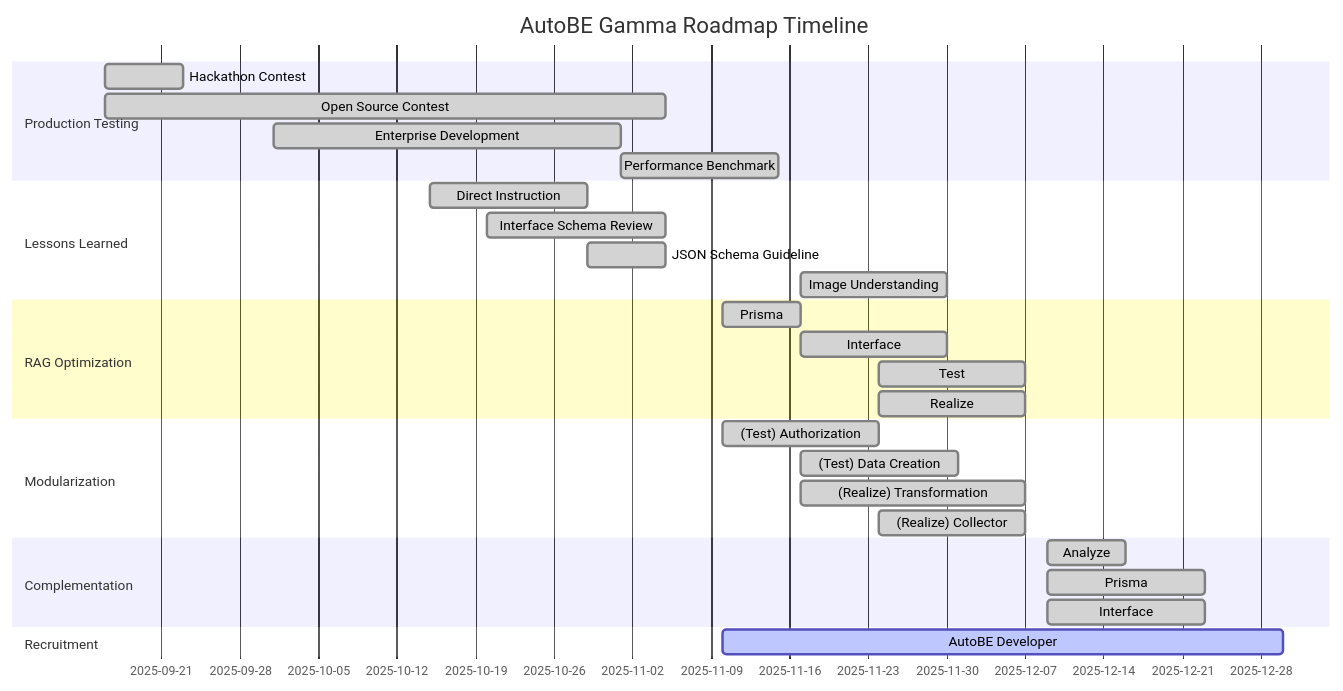
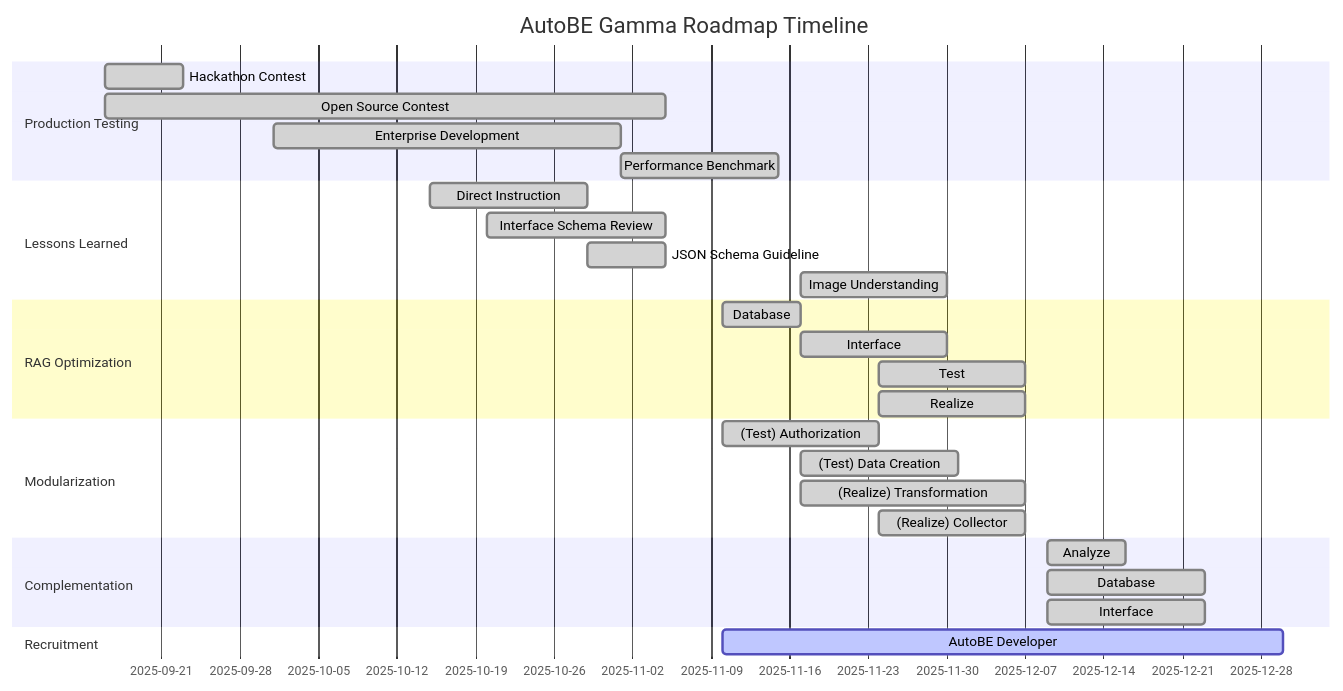
One commit to RavenView-ai/autobe changed the diagram in website/src/template/diagrams/AutoBeGammaRoadmap.mdx. Above: the diagram before and after it, drawn with Mermaid. The commit also changed 355 other files, not shown here.

First line of the commit message:
feat(interface): renaming from prisma to database (#886)

````diff
--- a/website/src/template/diagrams/AutoBeGammaRoadmap.mdx
+++ b/website/src/template/diagrams/AutoBeGammaRoadmap.mdx
@@ -1,37 +1,37 @@
 ```mermaid
 gantt
   dateFormat YYYY-MM-DD
   title AutoBE Gamma Roadmap Timeline
 
   section Production Testing
   Hackathon Contest     : done, 2025-09-16,  7d
   Open Source Contest   : done, 2025-09-16, 50d
   Enterprise Development: done, 2025-10-01, 31d
   Performance Benchmark : done, 2025-11-01, 14d
   
   section Lessons Learned
   Direct Instruction     : done, 2025-10-15, 14d
   Interface Schema Review: done, 2025-10-20, 16d
   JSON Schema Guideline  : done, 2025-10-29,  7d
   Image Understanding    : done, 2025-11-17, 13d
 
   section RAG Optimization
-  Prisma   : done, 2025-11-10,  7d
+  Database : done, 2025-11-10,  7d
   Interface: done, 2025-11-17, 13d
   Test     : done, 2025-11-24, 13d
   Realize  : done, 2025-11-24, 13d
 
   section Modularization
   (Test) Authorization    : done, 2025-11-10, 14d
   (Test) Data Creation    : done, 2025-11-17, 14d
   (Realize) Transformation: done, 2025-11-17, 20d
   (Realize) Collector     : done, 2025-11-24, 13d
 
   section Complementation
   Analyze  : done, 2025-12-09,  7d
-  Prisma   : done, 2025-12-09, 14d
+  Database : done, 2025-12-09, 14d
   Interface: done, 2025-12-09, 14d
 
   section Recruitment
   AutoBE Developer: active, 2025-11-10, 50d
 ```
````
